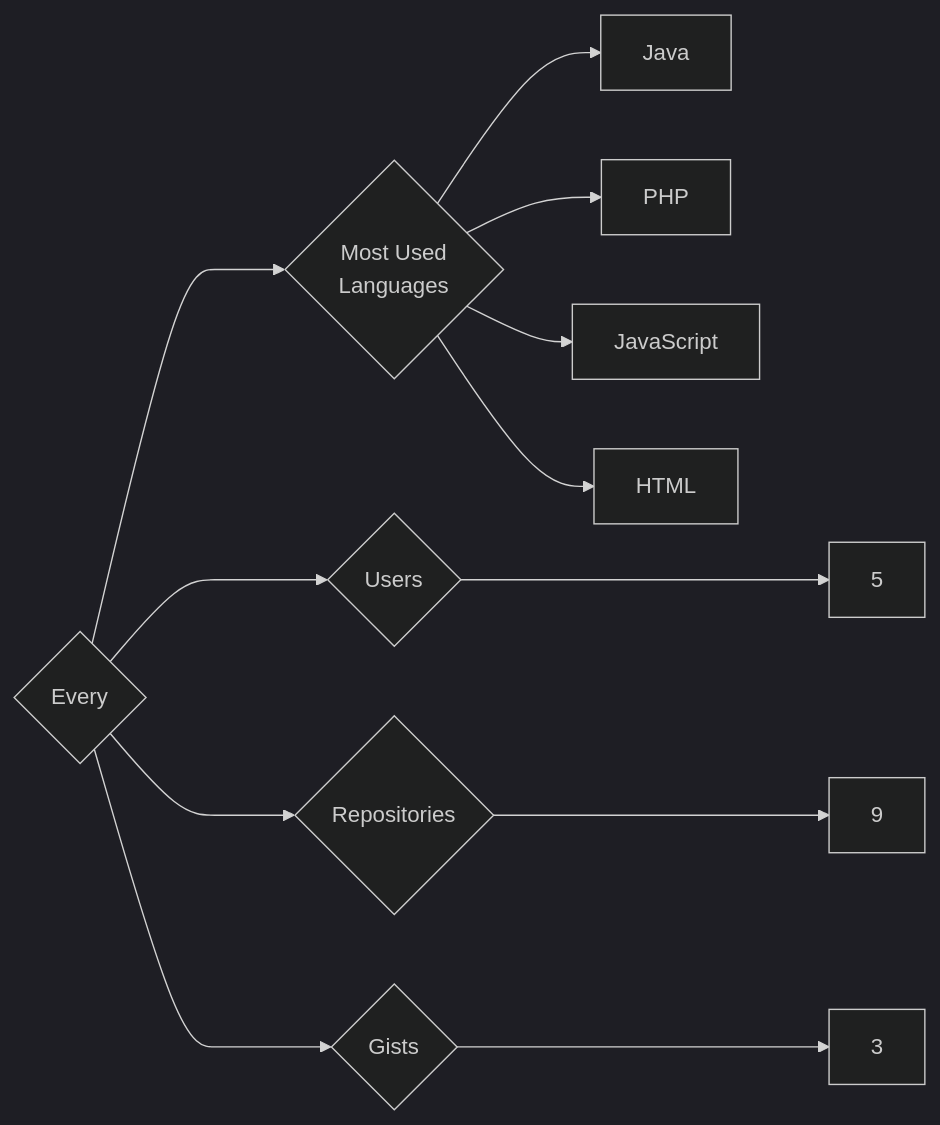
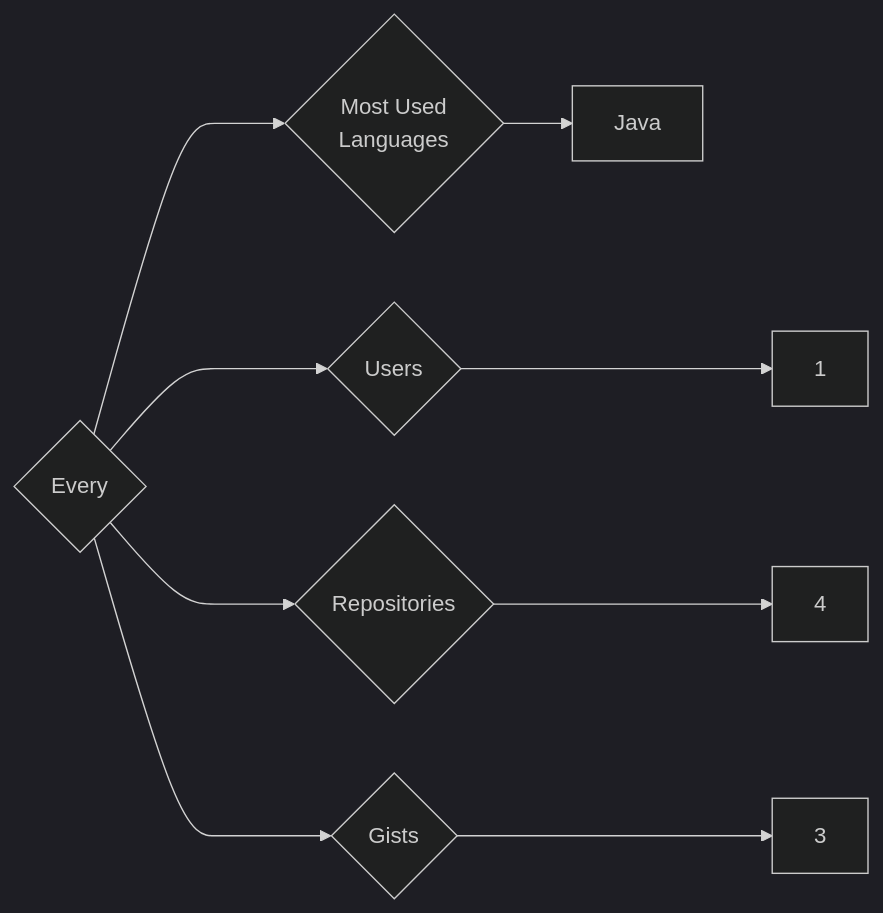
The diagram in targets/Every/README.md (trickest/insiders), drawn with Mermaid (dark theme) before and after one commit. The commit also changed 814 other files, not shown here.

````diff
--- a/targets/Every/README.md
+++ b/targets/Every/README.md
@@ -3,12 +3,9 @@
 ```mermaid
 graph LR
 COMPANY_NAME{Every}
-COMPANY_NAME ---> U{Users} ---> UN[5]
-COMPANY_NAME ---> R{Repositories} ---> RN[9]
+COMPANY_NAME ---> U{Users} ---> UN[1]
+COMPANY_NAME ---> R{Repositories} ---> RN[4]
 COMPANY_NAME ---> G{Gists} ---> GN[3]
 COMPANY_NAME ---> ML{Most Used<br>Languages}
 ML --> Java[Java]
-ML --> PHP[PHP]
-ML --> JavaScript[JavaScript]
-ML --> HTML[HTML]
 ```
````
